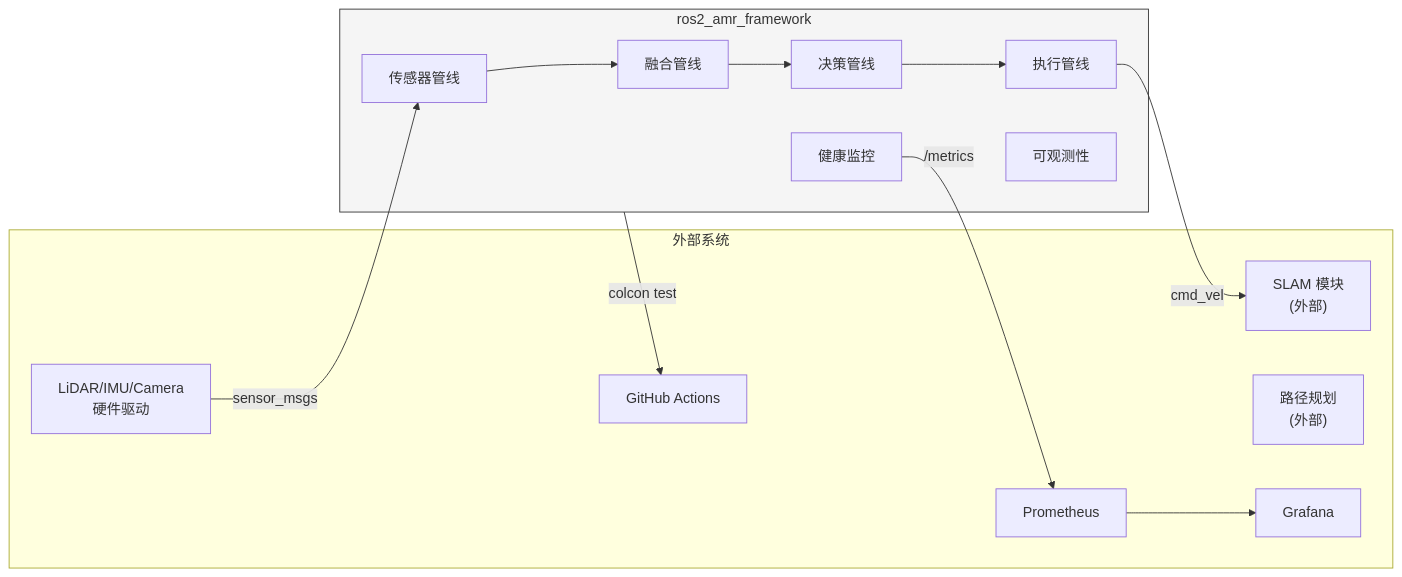
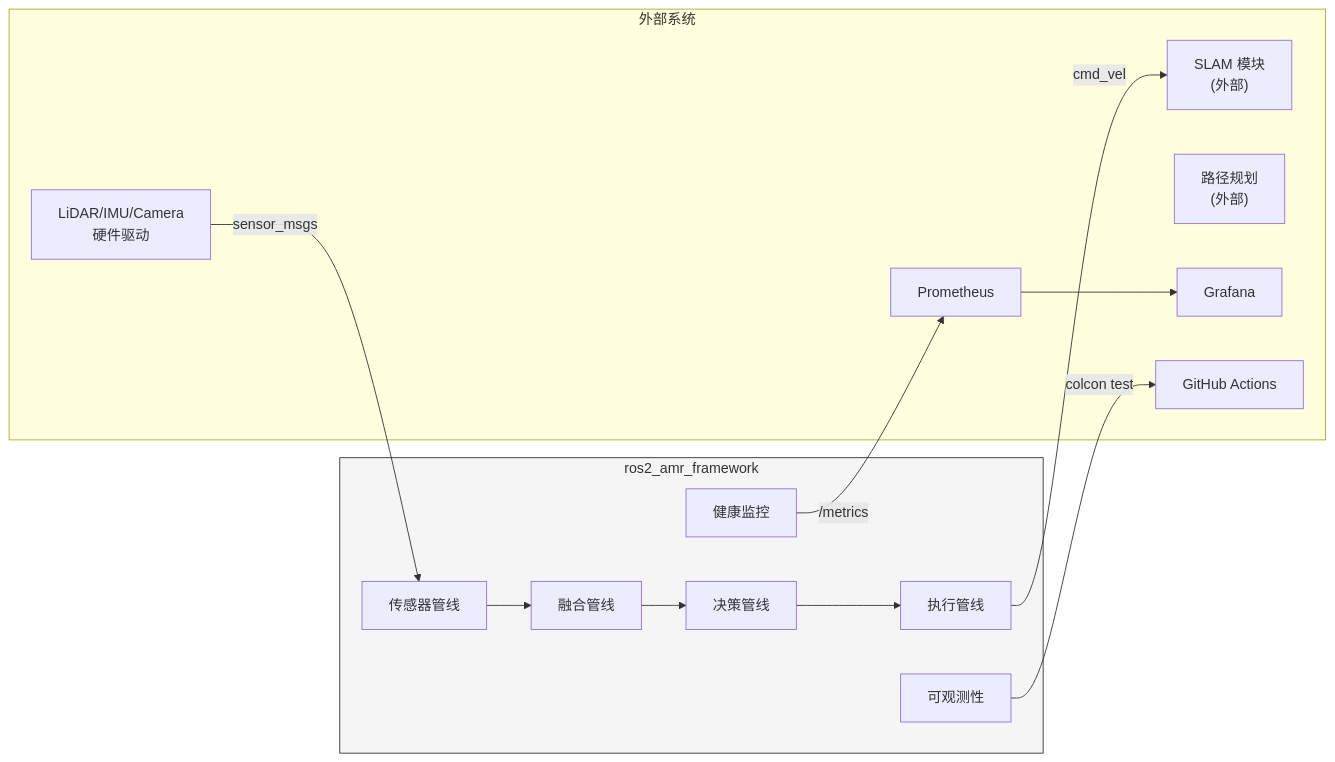
Before and after one commit to guang-lee-cn/ros2_amr_framework: the fourth of 5 diagrams in doc/ARCHITECTURE.md, drawn with Mermaid. The commit also changed other lines of this file, not shown here.

First line of the commit message:
fix(docs): Mermaid diagram rendering — remove direction inside subgraph

````diff
--- a/doc/ARCHITECTURE.md
+++ b/doc/ARCHITECTURE.md
@@ -211,31 +206,31 @@
 ```mermaid
 flowchart LR
     subgraph internal["ros2_amr_framework"]
         SENSORS["传感器管线"]
         FUSION["融合管线"]
         DECISION["决策管线"]
         MOTOR["执行管线"]
         HEALTH["健康监控"]
         OBS["可观测性"]
     end
 
     subgraph external["外部系统"]
         HW["LiDAR/IMU/Camera<br/>硬件驱动"]
         SLAM["SLAM 模块<br/>(外部)"]
         PATH["路径规划<br/>(外部)"]
         PROM["Prometheus"]
         GRAF["Grafana"]
         CI["GitHub Actions"]
     end
 
     HW -->|sensor_msgs| SENSORS
     SENSORS --> FUSION
     FUSION --> DECISION
     DECISION --> MOTOR
     MOTOR -->|cmd_vel| SLAM
     HEALTH -->|/metrics| PROM
     PROM --> GRAF
-    internal -->|colcon test| CI
+    OBS -->|colcon test| CI
 
     style internal fill:#f5f5f5,stroke:#333
 ```
````
